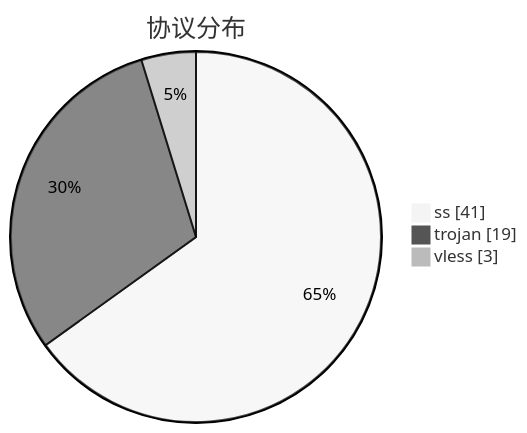
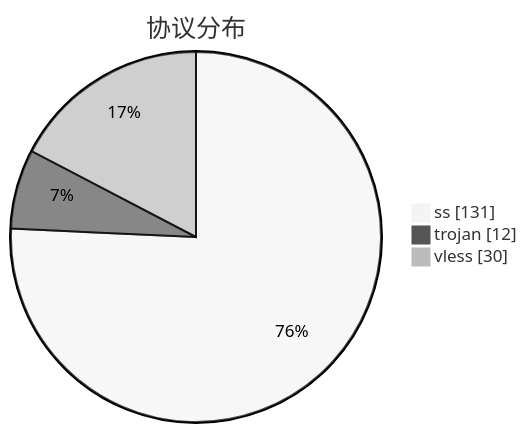
Before and after one commit to qjlxg/airport: the third of 3 diagrams in subs/statistics/tested_within.md, drawn with Mermaid (neutral theme). The commit also changed other lines of this file and 2 other files, not shown here.

````diff
--- a/subs/statistics/tested_within.md
+++ b/subs/statistics/tested_within.md
@@ -16,7 +16,7 @@
 ```mermaid
 pie showData
 title 协议分布
-"ss" : 41
-"trojan" : 19
-"vless" : 3
+"ss" : 131
+"trojan" : 12
+"vless" : 30
 ```
````
